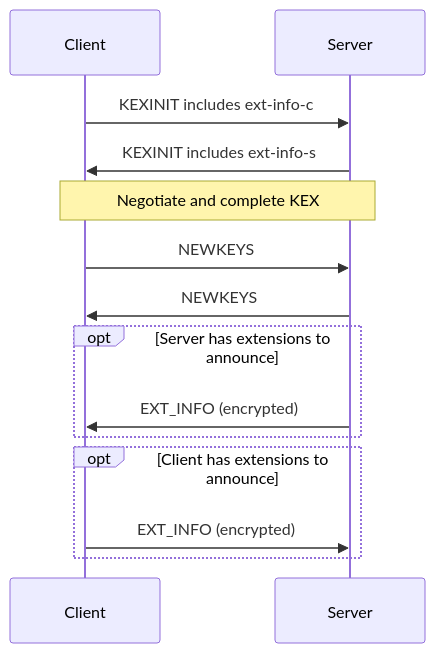
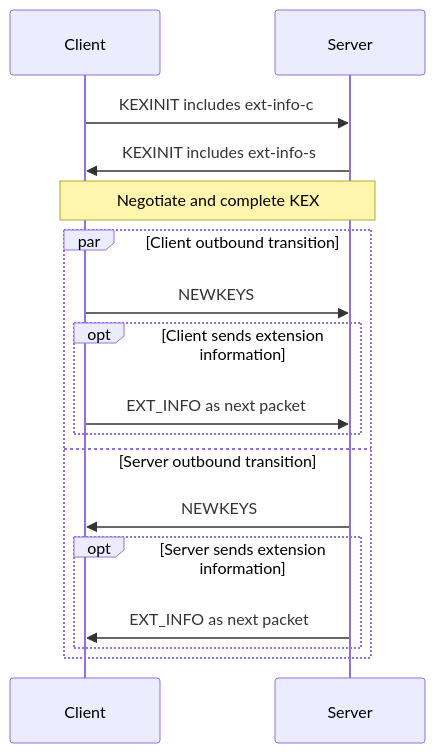
Before and after one commit to fornwall/ssh-protocol: the third of 3 diagrams in src/version-and-negotiation.md, drawn with Mermaid. The commit also changed other lines of this file and 20 other files, not shown here.

````diff
--- a/src/version-and-negotiation.md
+++ b/src/version-and-negotiation.md
@@ -322,16 +166,19 @@
 ```mermaid
 sequenceDiagram
     participant C as Client
     participant S as Server
     C->>S: KEXINIT includes ext-info-c
     S->>C: KEXINIT includes ext-info-s
     Note over C,S: Negotiate and complete KEX
-    C->>S: NEWKEYS
-    S->>C: NEWKEYS
-    opt Server has extensions to announce
-        S->>C: EXT_INFO (encrypted)
-    end
-    opt Client has extensions to announce
-        C->>S: EXT_INFO (encrypted)
+    par Client outbound transition
+        C->>S: NEWKEYS
+        opt Client sends extension information
+            C->>S: EXT_INFO as next packet
+        end
+    and Server outbound transition
+        S->>C: NEWKEYS
+        opt Server sends extension information
+            S->>C: EXT_INFO as next packet
+        end
     end
 ```
````
